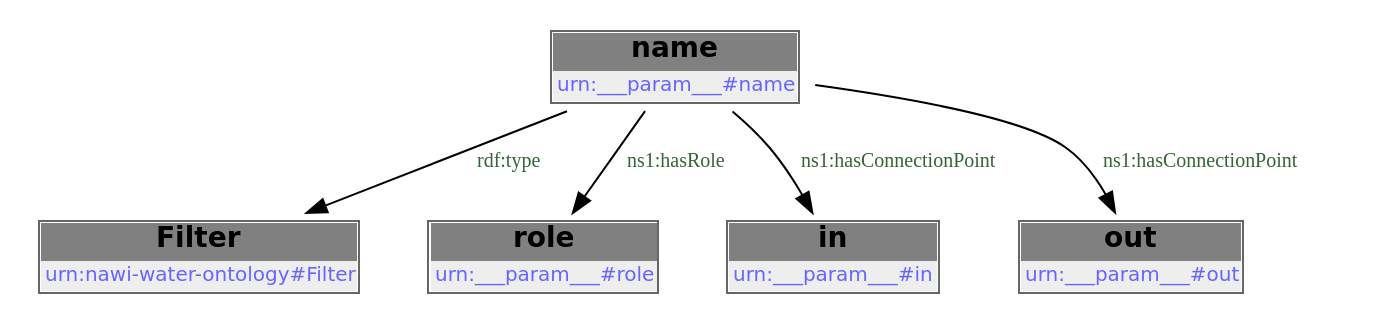
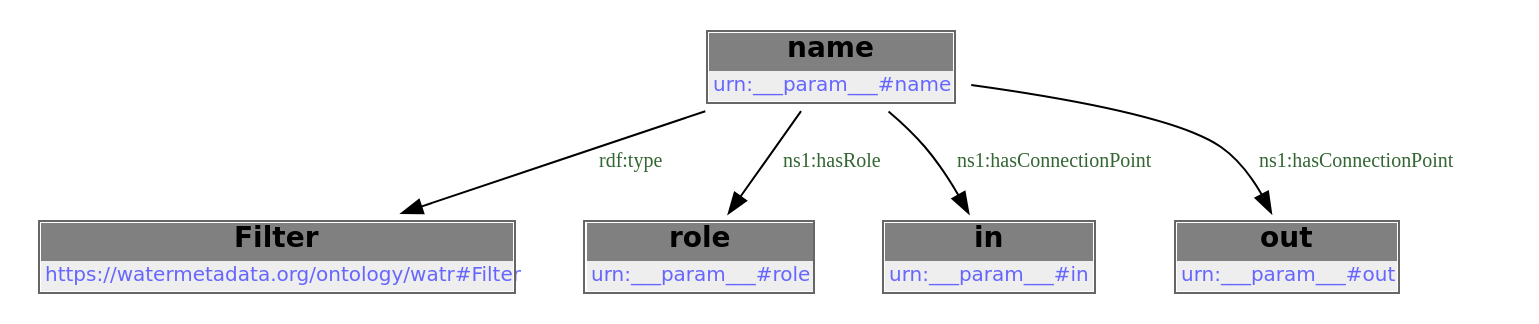
The first of 2 diagrams in docs/libraries/templates/filter.rst (DataDrivenCPS/water-ontology), drawn with Graphviz before and after one commit. The commit also changed other lines of this file and 43 other files, not shown here.

First line of the commit message:
feat: move ontology to https://watermetadata.org base URI

```diff
--- a/docs/libraries/templates/filter.rst
+++ b/docs/libraries/templates/filter.rst
@@ -78,14 +78,14 @@
         .. graphviz::
 
                 digraph G {
             node [fontname="DejaVu Sans"];
             node0 -> node1 [color=BLACK, label=< <font point-size='10' color='#336633'>rdf:type</font> >];
             node0 -> node2 [color=BLACK, label=< <font point-size='10' color='#336633'>ns1:hasRole</font> >];
             node0 -> node3 [color=BLACK, label=< <font point-size='10' color='#336633'>ns1:hasConnectionPoint</font> >];
             node0 -> node4 [color=BLACK, label=< <font point-size='10' color='#336633'>ns1:hasConnectionPoint</font> >];
             node0 [shape=none, color=black, label=< <table color='#666666' cellborder='0' cellspacing='0' border='1'><tr><td colspan='2' bgcolor='grey'><B>name</B></td></tr><tr><td href='urn:___param___#name' bgcolor='#eeeeee' colspan='2'><font point-size='10' color='#6666ff'>urn:___param___#name</font></td></tr></table> >];
-            node1 [shape=none, color=black, label=< <table color='#666666' cellborder='0' cellspacing='0' border='1'><tr><td colspan='2' bgcolor='grey'><B>Filter</B></td></tr><tr><td href='urn:nawi-water-ontology#Filter' bgcolor='#eeeeee' colspan='2'><font point-size='10' color='#6666ff'>urn:nawi-water-ontology#Filter</font></td></tr></table> >];
+            node1 [shape=none, color=black, label=< <table color='#666666' cellborder='0' cellspacing='0' border='1'><tr><td colspan='2' bgcolor='grey'><B>Filter</B></td></tr><tr><td href='https://watermetadata.org/ontology/watr#Filter' bgcolor='#eeeeee' colspan='2'><font point-size='10' color='#6666ff'>https://watermetadata.org/ontology/watr#Filter</font></td></tr></table> >];
             node2 [shape=none, color=black, label=< <table color='#666666' cellborder='0' cellspacing='0' border='1'><tr><td colspan='2' bgcolor='grey'><B>role</B></td></tr><tr><td href='urn:___param___#role' bgcolor='#eeeeee' colspan='2'><font point-size='10' color='#6666ff'>urn:___param___#role</font></td></tr></table> >];
             node3 [shape=none, color=black, label=< <table color='#666666' cellborder='0' cellspacing='0' border='1'><tr><td colspan='2' bgcolor='grey'><B>in</B></td></tr><tr><td href='urn:___param___#in' bgcolor='#eeeeee' colspan='2'><font point-size='10' color='#6666ff'>urn:___param___#in</font></td></tr></table> >];
             node4 [shape=none, color=black, label=< <table color='#666666' cellborder='0' cellspacing='0' border='1'><tr><td colspan='2' bgcolor='grey'><B>out</B></td></tr><tr><td href='urn:___param___#out' bgcolor='#eeeeee' colspan='2'><font point-size='10' color='#6666ff'>urn:___param___#out</font></td></tr></table> >];
             }
```
